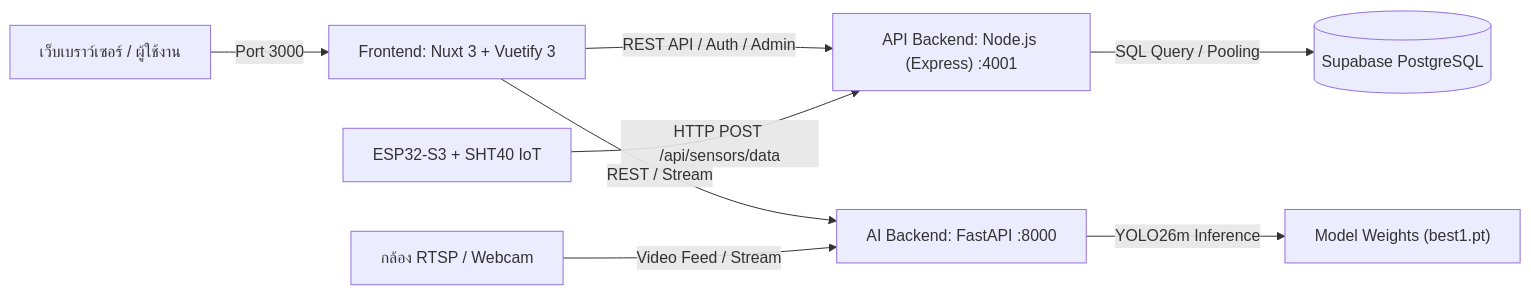
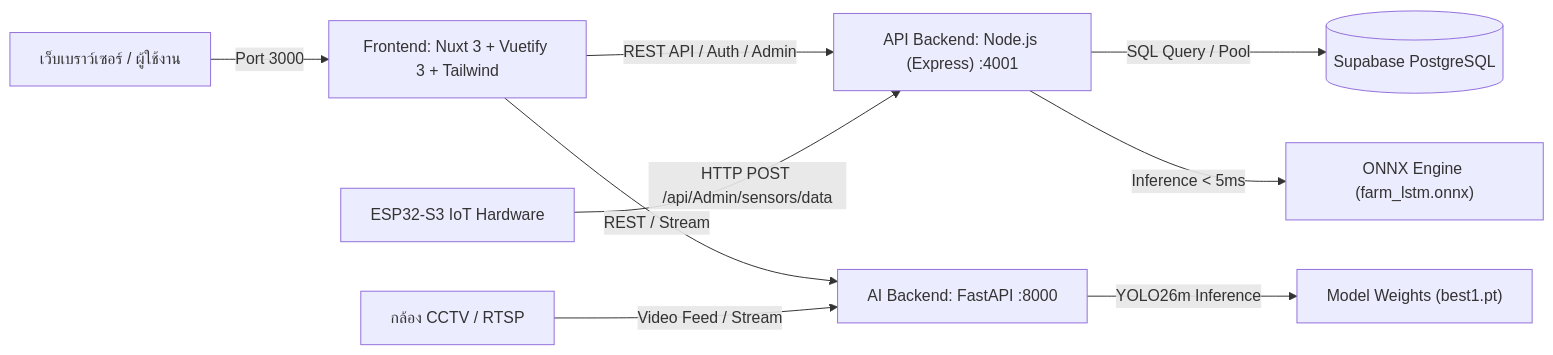
The second of 2 diagrams in README.md (peetph22-ship-it/Cow_detect), drawn with Mermaid before and after one commit. The commit also changed other lines of this file and 19 other files, not shown here.

````diff
--- a/README.md
+++ b/README.md
@@ -87,13 +91,14 @@
 ```mermaid
 flowchart LR
-    Browser["เว็บเบราว์เซอร์ / ผู้ใช้งาน"] -->|Port 3000| Nuxt["Frontend: Nuxt 3 + Vuetify 3"]
+    Browser["เว็บเบราว์เซอร์ / ผู้ใช้งาน"] -->|Port 3000| Nuxt["Frontend: Nuxt 3 + Vuetify 3 + Tailwind"]
     
     Nuxt -->|REST API / Auth / Admin| Node["API Backend: Node.js (Express) :4001"]
     Nuxt -->|REST / Stream| Fast["AI Backend: FastAPI :8000"]
     
-    Node -->|SQL Query / Pooling| DB[("Supabase PostgreSQL")]
+    Node -->|SQL Query / Pool| DB[("Supabase PostgreSQL")]
+    Node -->|Inference < 5ms| ONNX["ONNX Engine (farm_lstm.onnx)"]
     Fast -->|YOLO26m Inference| Weights["Model Weights (best1.pt)"]
     
-    ESP32["ESP32-S3 + SHT40 IoT"] -->|HTTP POST /api/sensors/data| Node
-    Camera["กล้อง RTSP / Webcam"] -->|Video Feed / Stream| Fast
+    ESP32["ESP32-S3 IoT Hardware"] -->|HTTP POST /api/Admin/sensors/data| Node
+    Camera["กล้อง CCTV / RTSP"] -->|Video Feed / Stream| Fast
 ```
````
